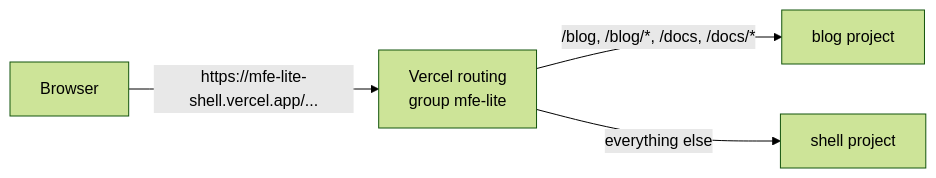
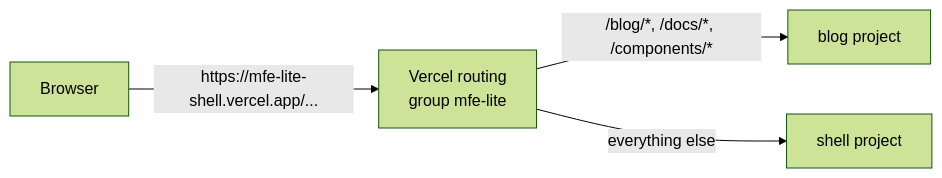
The first of 2 diagrams in README.md (vinhnguyen221b/mfe-lite), drawn with Mermaid (forest theme) before and after one commit. The commit also changed other lines of this file and 6 other files, not shown here.

````diff
--- a/README.md
+++ b/README.md
@@ -22,6 +23,6 @@
 ```mermaid
 flowchart LR
   B[Browser] -->|"https://mfe-lite-shell.vercel.app/..."| V[Vercel routing<br/>group mfe-lite]
-  V -->|"/blog, /blog/*, /docs, /docs/*"| BLOG[blog project]
+  V -->|"/blog/*, /docs/*, /components/*"| BLOG[blog project]
   V -->|everything else| SHELL[shell project]
 ```
````
